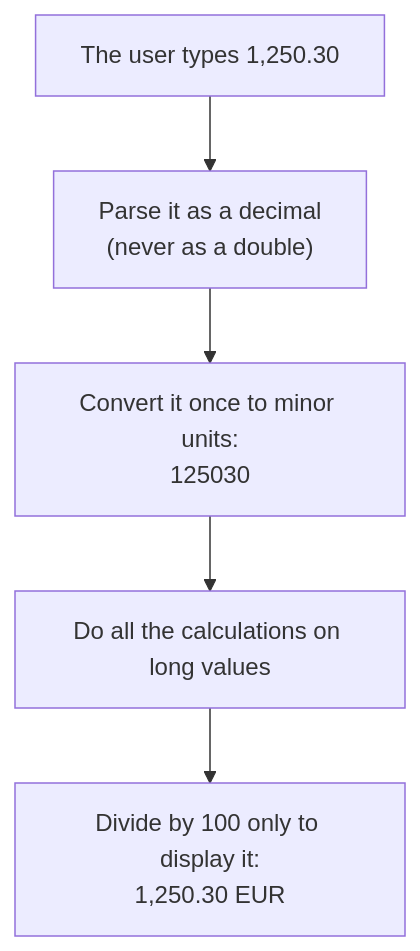
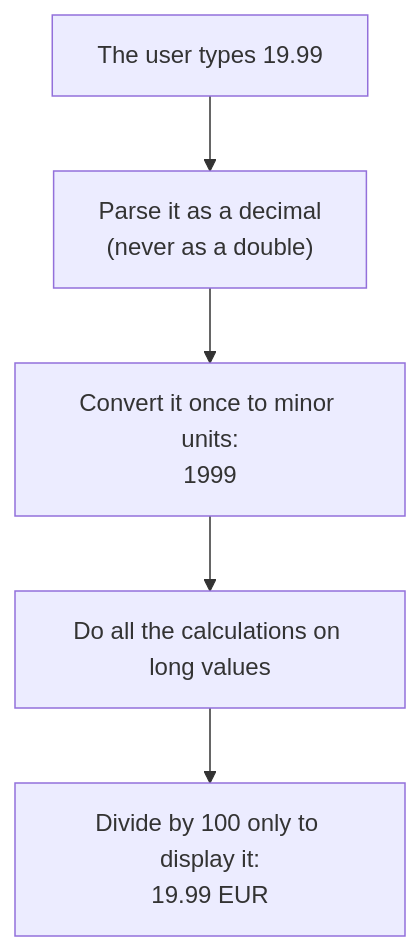
One commit to callasalvatore/csharp-algorithms changed the second of 4 diagrams in appendix/C-money-in-code.md. Above: the diagram before and after it, drawn with Mermaid. The commit also changed other lines of this file and 3 other files, not shown here.

````diff
--- a/appendix/C-money-in-code.md
+++ b/appendix/C-money-in-code.md
@@ -115,7 +103,7 @@
 ```mermaid
 flowchart TB
-    I["The user types 1,250.30"] --> P["Parse it as a decimal<br/>(never as a double)"]
-    P --> X["Convert it once to minor units:<br/>125030"]
+    I["The user types 19.99"] --> P["Parse it as a decimal<br/>(never as a double)"]
+    P --> X["Convert it once to minor units:<br/>1999"]
     X --> W["Do all the calculations on long values"]
-    W --> O["Divide by 100 only to display it:<br/>1,250.30 EUR"]
+    W --> O["Divide by 100 only to display it:<br/>19.99 EUR"]
 ```
````
